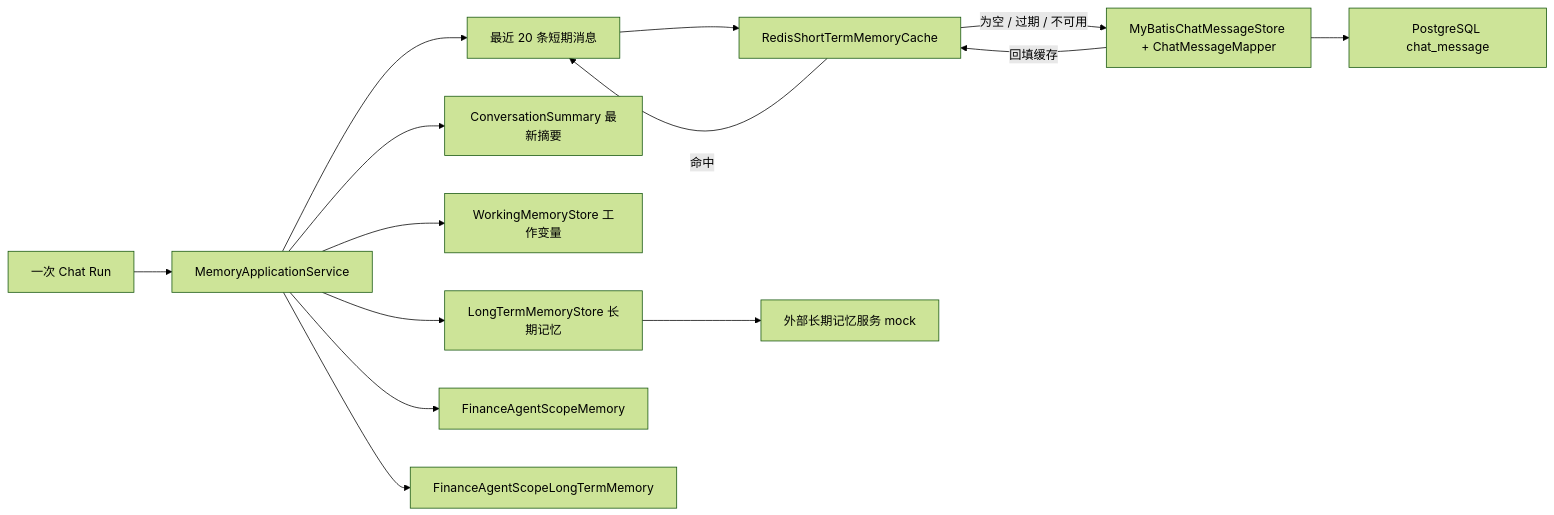
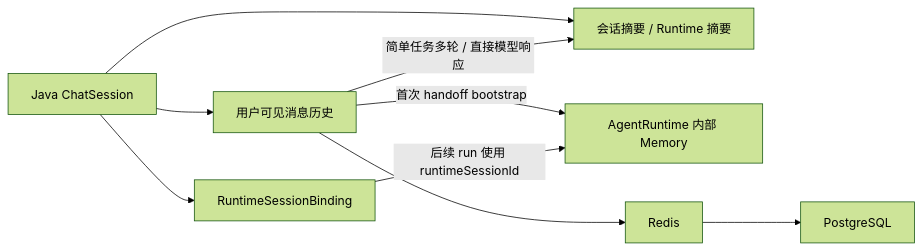
One commit to kunben-duck/exweb changed diagram 12 of 14 in docs/architecture/README.md. Above: the diagram before and after it, drawn with Mermaid (forest theme). The commit also changed other lines of this file and 39 other files, not shown here.

Commit message:
Refactor chat routing to unified agent runtime

````diff
--- a/docs/architecture/README.md
+++ b/docs/architecture/README.md
@@ -211,29 +567,19 @@
 ```mermaid
 flowchart LR
-    ChatRun["一次 Chat Run"]
-    MemoryService["MemoryApplicationService"]
-    Recent["最近 20 条短期消息"]
-    Summary["ConversationSummary 最新摘要"]
-    Working["WorkingMemoryStore 工作变量"]
-    LTM["LongTermMemoryStore 长期记忆"]
-    Redis["RedisShortTermMemoryCache"]
-    PG["PostgreSQL chat_message"]
-    MyBatis["MyBatisChatMessageStore + ChatMessageMapper"]
-    External["外部长期记忆服务 mock"]
-    AgentMemory["FinanceAgentScopeMemory"]
-    AgentLTM["FinanceAgentScopeLongTermMemory"]
+    JavaSession["Java ChatSession"]
+    JavaMessages["用户可见消息历史"]
+    JavaSummary["会话摘要 / Runtime 摘要"]
+    Binding["RuntimeSessionBinding"]
+    RuntimeMemory["AgentRuntime 内部 Memory"]
+    Redis["Redis"]
+    PG["PostgreSQL"]
 
-    ChatRun --> MemoryService
-    MemoryService --> Recent
-    MemoryService --> Summary
-    MemoryService --> Working
-    MemoryService --> LTM
-    Recent --> Redis
-    Redis -->|"命中"| Recent
-    Redis -->|"为空 / 过期 / 不可用"| MyBatis
-    MyBatis --> PG
-    MyBatis -->|"回填缓存"| Redis
-    LTM --> External
-    MemoryService --> AgentMemory
-    MemoryService --> AgentLTM
+    JavaSession --> JavaMessages
+    JavaSession --> JavaSummary
+    JavaSession --> Binding
+    JavaMessages --> Redis
+    Redis --> PG
+    JavaMessages -->|"简单任务多轮 / 直接模型响应"| JavaSummary
+    JavaMessages -->|"首次 handoff bootstrap"| RuntimeMemory
+    Binding -->|"后续 run 使用 runtimeSessionId"| RuntimeMemory
 ```
````
